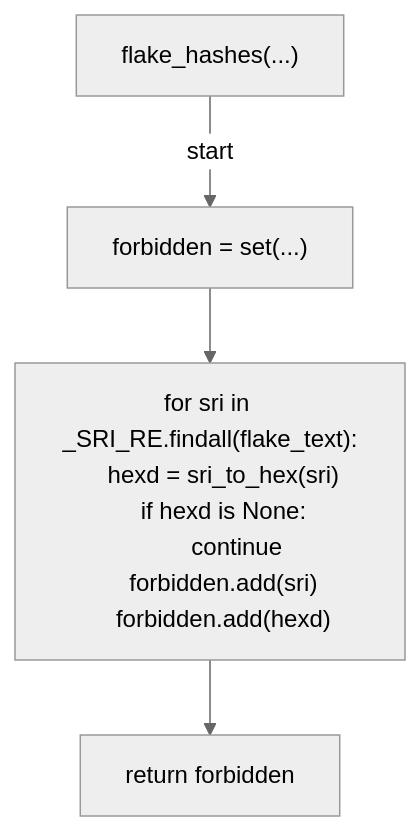
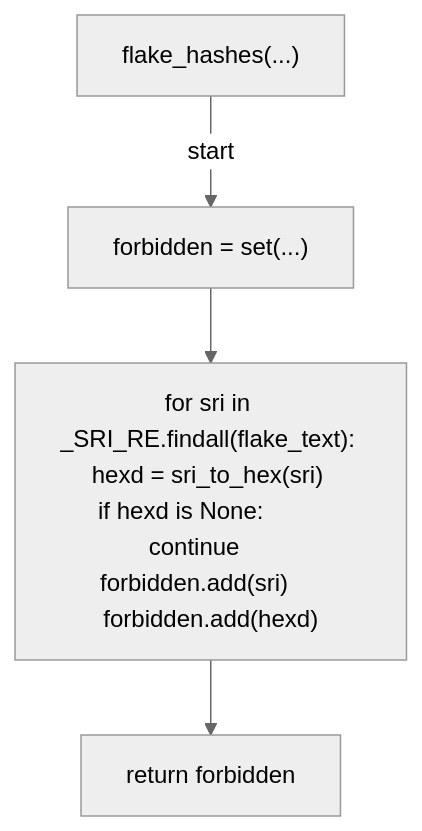
The second of 8 diagrams in docs/generated/scripts/ast/scan_flake_pin_drift.md (tvna/claude-md), drawn with Mermaid (neutral theme) before and after one commit. The commit also changed other lines of this file and 29 other files, not shown here.

First line of the commit message:
docs(generated): regenerate decision tree and workflow diagrams (batch 3/5)

````diff
--- a/docs/generated/scripts/ast/scan_flake_pin_drift.md
+++ b/docs/generated/scripts/ast/scan_flake_pin_drift.md
@@ -30,15 +30,10 @@
 ```mermaid
 flowchart TD
     N001["flake_hashes(...)"]
     N002["forbidden = set(...)"]
-    N003["for sri in _SRI_RE.findall(flake_text):
-    hexd = sri_to_hex(sri)
-    if hexd is None:
-        continue
-    forbidden.add(sri)
-    forbidden.add(hexd)"]
+    N003["for sri in _SRI_RE.findall(flake_text):     hexd = sri_to_hex(sri)     if hexd is None:         continue     forbidden.add(sri)     forbidden.add(hexd)"]
     N004["return forbidden"]
     N001 -->|"start"| N002
     N002 --> N003
     N003 --> N004
 ```
````
